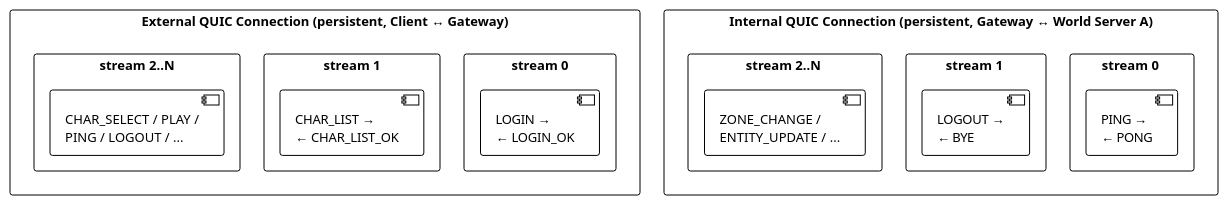
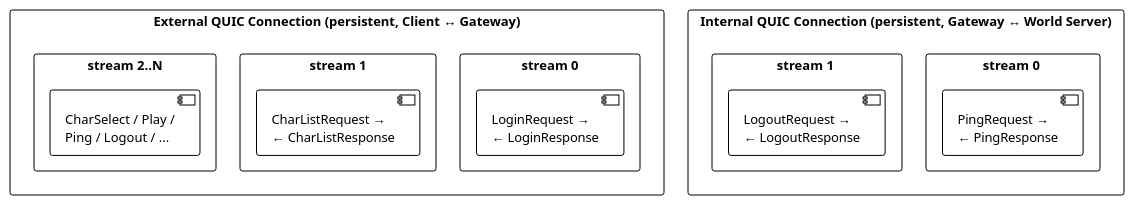
One commit to TheStackTraceWhisperer/catalyst changed the fifth of 6 diagrams in docs/network-architecture.md. Above: the diagram before and after it, drawn with PlantUML. The commit also changed other lines of this file, not shown here.

Commit message:
docs: rewrite network-architecture.md to reflect actual codebase state, remove stale milestone/target framing

````diff
--- a/docs/network-architecture.md
+++ b/docs/network-architecture.md
@@ -321,30 +277,27 @@
 ```plantuml
 @startuml quic_streams
 !theme plain
 skinparam defaultFontSize 13
 
 rectangle "External QUIC Connection (persistent, Client ↔ Gateway)" {
   rectangle "stream 0" {
-    component "LOGIN →\n← LOGIN_OK"
+    component "LoginRequest →\n← LoginResponse"
   }
   rectangle "stream 1" {
-    component "CHAR_LIST →\n← CHAR_LIST_OK"
+    component "CharListRequest →\n← CharListResponse"
   }
   rectangle "stream 2..N" {
-    component "CHAR_SELECT / PLAY /\nPING / LOGOUT / ..."
+    component "CharSelect / Play /\nPing / Logout / ..."
   }
 }
 
-rectangle "Internal QUIC Connection (persistent, Gateway ↔ World Server A)" {
+rectangle "Internal QUIC Connection (persistent, Gateway ↔ World Server)" {
   rectangle "stream 0 " {
-    component "PING →\n← PONG"
+    component "PingRequest →\n← PingResponse"
   }
   rectangle "stream 1 " {
-    component "LOGOUT →\n← BYE"
-  }
-  rectangle "stream 2..N " {
-    component "ZONE_CHANGE /\nENTITY_UPDATE / ..."
+    component "LogoutRequest →\n← LogoutResponse"
   }
 }
 @enduml
 ```
````
